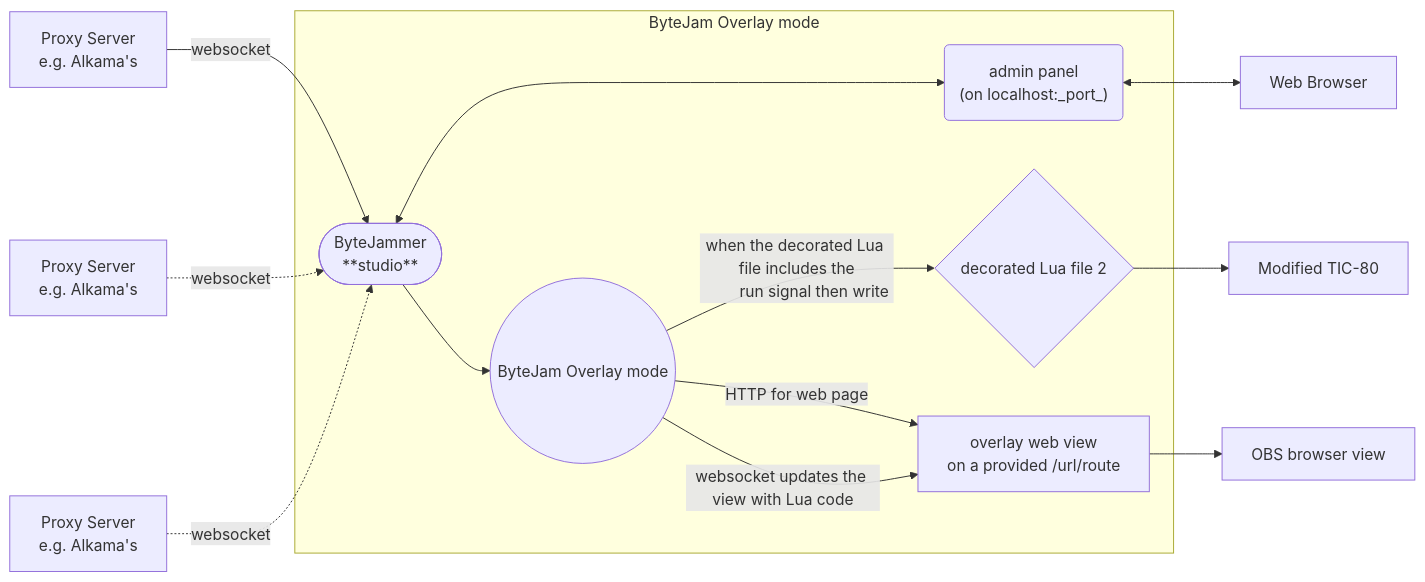
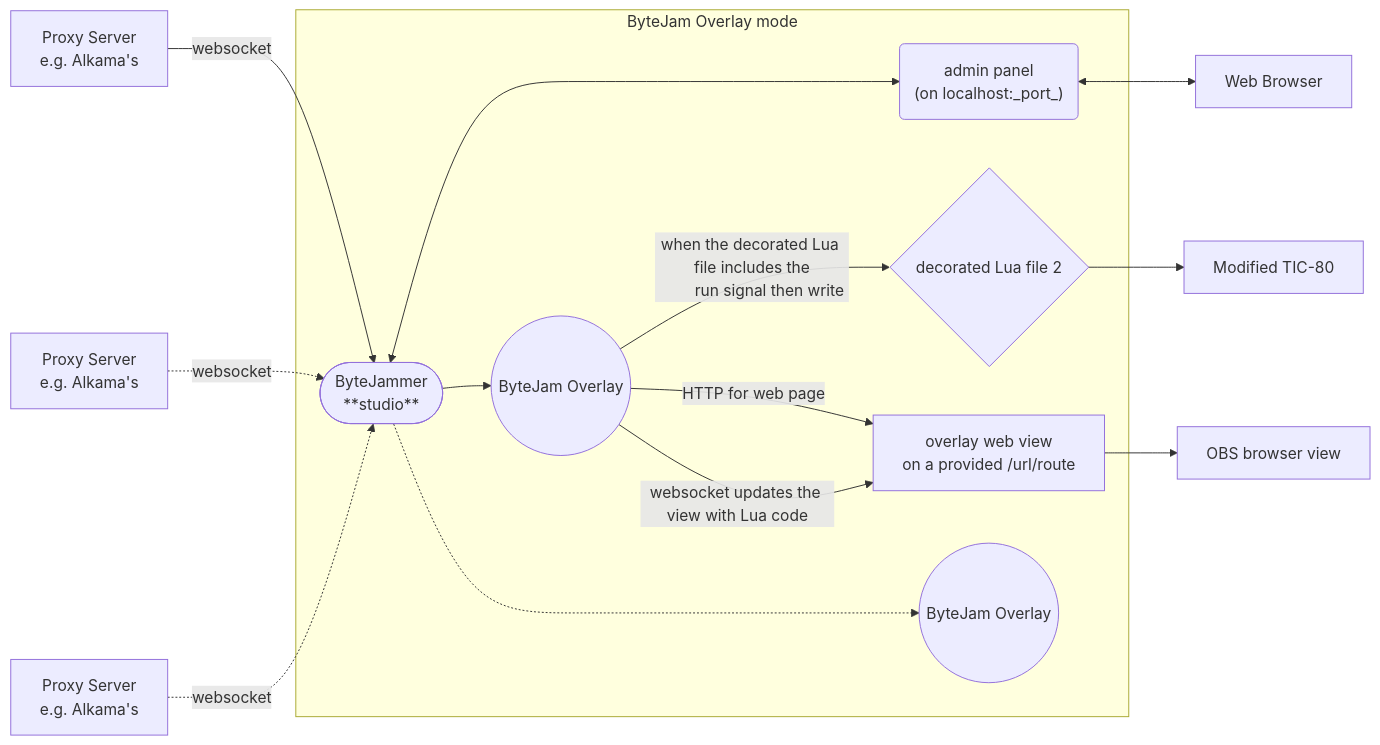
One commit to creativenucleus/bytejammer2 changed the first of 3 diagrams in readme.md. Above: the diagram before and after it, drawn with Mermaid. The commit also changed other lines of this file, not shown here.

````diff
--- a/readme.md
+++ b/readme.md
@@ -72,29 +72,30 @@
 ```mermaid
 flowchart LR
     _PS1[Proxy Server
         e.g. Alkama's
     ]
     _PS1 --> |websocket| BJ
     _PS2[Proxy Server
         e.g. Alkama's
     ]
     _PS2 .-> |websocket| BJ
     _PS3[Proxy Server
         e.g. Alkama's
     ]
     _PS3 .-> |websocket| BJ
     subgraph "ByteJam Overlay mode"
     BJ <---> BJCP("admin panel
         (on localhost:_port_)")
     BJ(["ByteJammer
-        **studio**"]) --> BJMO
-    BJMO((ByteJam Overlay mode)) --> |when the decorated Lua file includes the
+        **studio**"]) --> BJMO1
+    BJMO1((ByteJam Overlay)) --> |when the decorated Lua file includes the
         run signal then write|DF2{decorated Lua file 2}
-    BJMO --> |HTTP for web page|WSP["overlay web view
+    BJMO1 --> |HTTP for web page|WSP["overlay web view
         on a provided /url/route"]
-    BJMO --> |websocket updates the view with Lua code|WSP
+    BJMO1 --> |websocket updates the view with Lua code|WSP
+    BJ -..-> BJMO2((ByteJam Overlay))
     end
     DF2 --> TIC80[Modified TIC-80]
     WSP --> OBS[OBS browser view]
     BJCP <--> WB[Web Browser]
 ```
````
